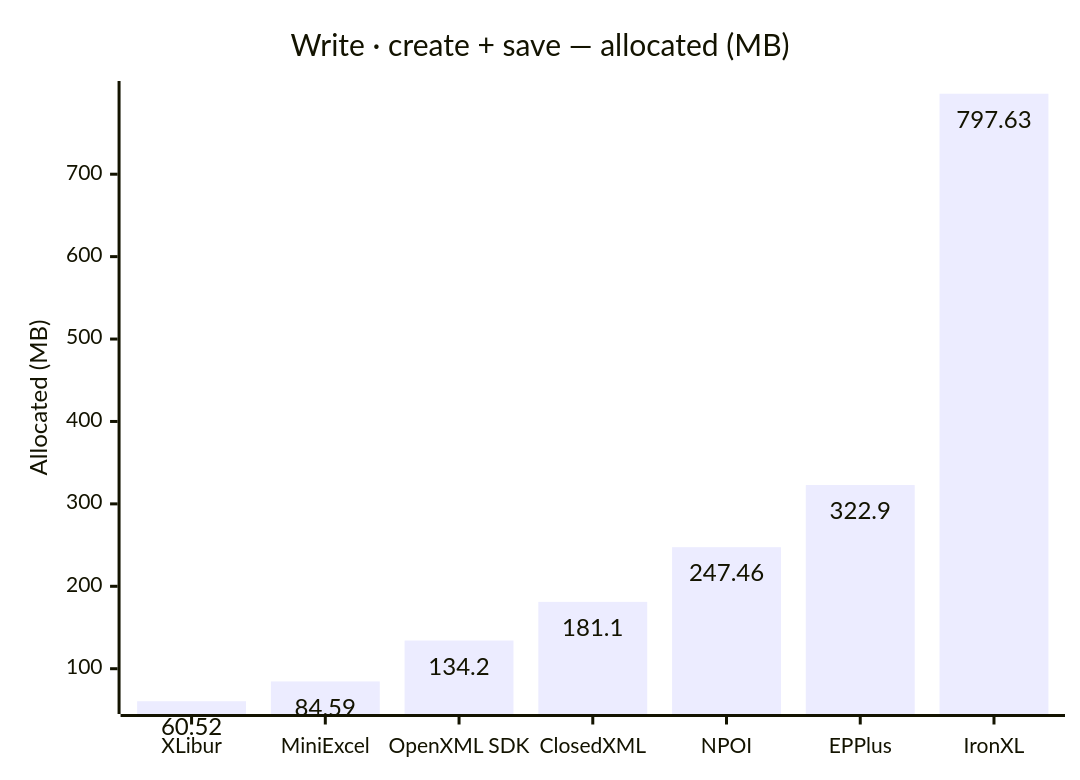
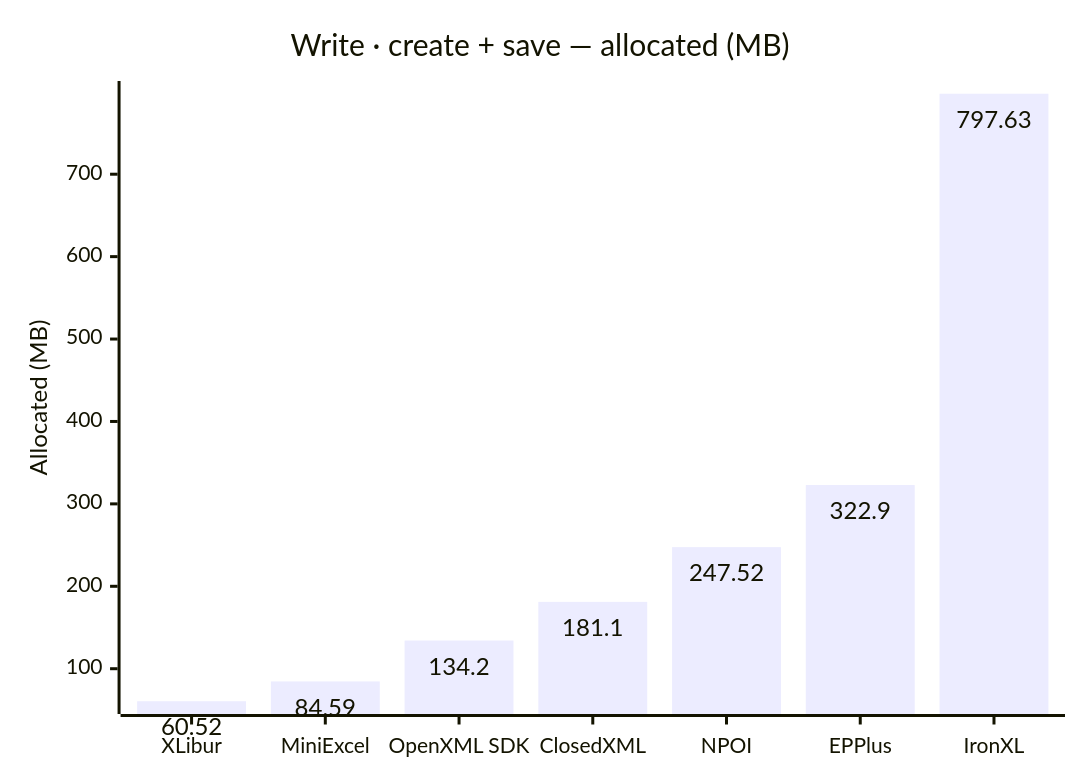
The sixth of 12 diagrams in docs/results.md (jafin/XLBench), drawn with Mermaid before and after one commit. The commit also changed other lines of this file and 2 other files, not shown here.

````diff
--- a/docs/results.md
+++ b/docs/results.md
@@ -100,12 +100,12 @@
 ```mermaid
 ---
 config:
   xyChart:
     showDataLabel: true
 ---
 xychart-beta
     title "Write · create + save — allocated (MB)"
     x-axis ["XLibur", "MiniExcel", "OpenXML SDK", "ClosedXML", "NPOI", "EPPlus", "IronXL"]
     y-axis "Allocated (MB)"
-    bar [60.52, 84.59, 134.2, 181.1, 247.46, 322.9, 797.63]
+    bar [60.52, 84.59, 134.2, 181.1, 247.52, 322.9, 797.63]
 ```
````
